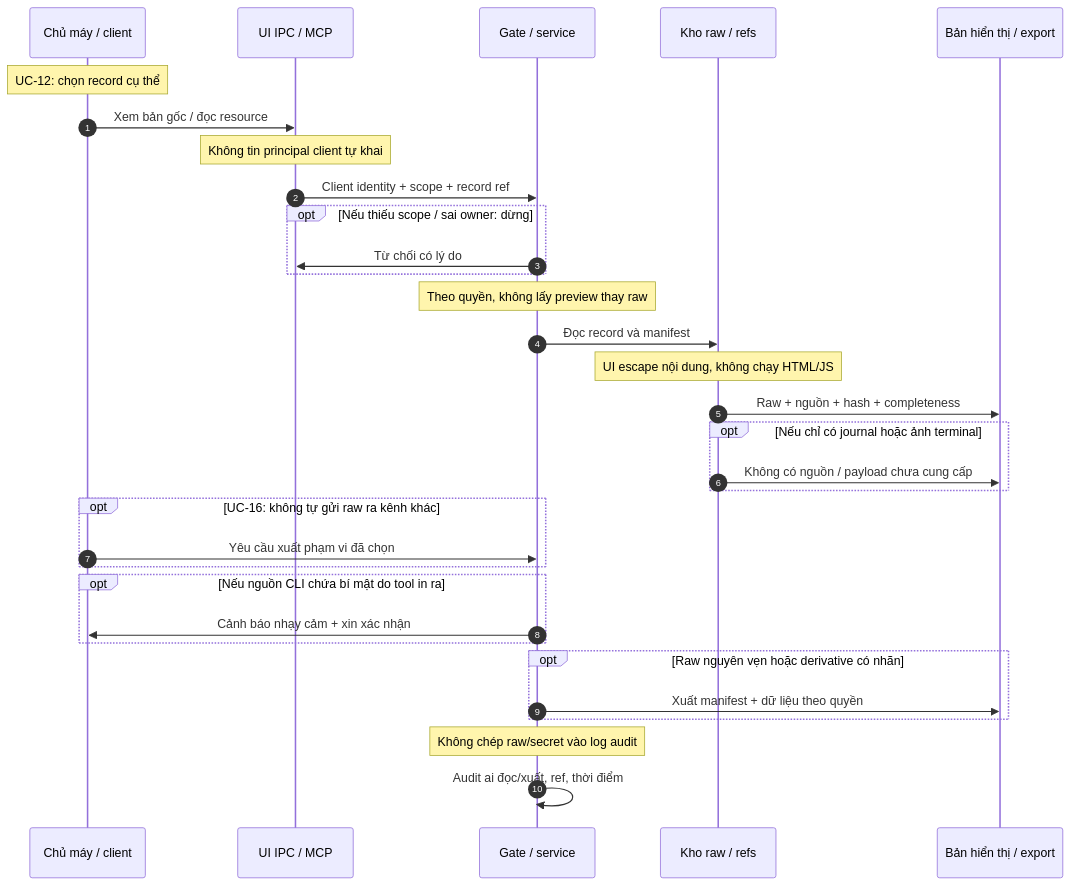
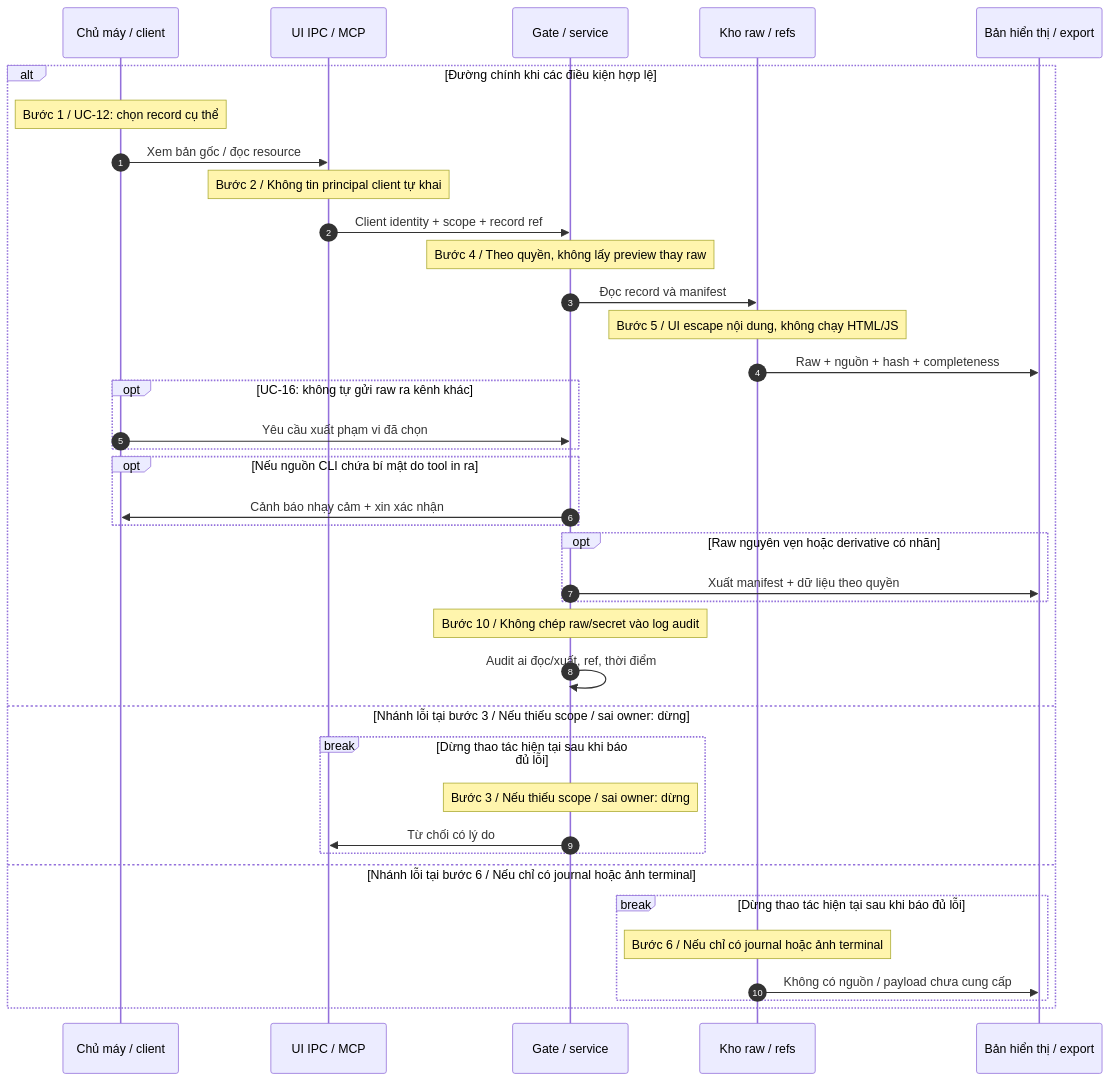
One commit to dipgle/tele-sihub changed diagram 11 of 19 in docs/flows/index.md. Above: the diagram before and after it, drawn with Mermaid. The commit also changed other lines of this file and 184 other files, not shown here.

````diff
--- a/docs/flows/index.md
+++ b/docs/flows/index.md
@@ -533,34 +845,40 @@
 ```mermaid
 sequenceDiagram
     autonumber
     participant P0 as Chủ máy / client
     participant P1 as UI IPC / MCP
     participant P2 as Gate / service
     participant P3 as Kho raw / refs
     participant P4 as Bản hiển thị / export
-    Note over P0: UC-12: chọn record cụ thể
+    alt Đường chính khi các điều kiện hợp lệ
+    Note over P0: Bước 1 / UC-12: chọn record cụ thể
     P0->>P1: Xem bản gốc / đọc resource
-    Note over P1: Không tin principal client tự khai
+    Note over P1: Bước 2 / Không tin principal client tự khai
     P1->>P2: Client identity + scope + record ref
-    opt Nếu thiếu scope / sai owner: dừng
-    P2->>P1: Từ chối có lý do
-    end
-    Note over P2: Theo quyền, không lấy preview thay raw
+    Note over P2: Bước 4 / Theo quyền, không lấy preview thay raw
     P2->>P3: Đọc record và manifest
-    Note over P3: UI escape nội dung, không chạy HTML/JS
+    Note over P3: Bước 5 / UI escape nội dung, không chạy HTML/JS
     P3->>P4: Raw + nguồn + hash + completeness
-    opt Nếu chỉ có journal hoặc ảnh terminal
-    P3->>P4: Không có nguồn / payload chưa cung cấp
-    end
     opt UC-16: không tự gửi raw ra kênh khác
     P0->>P2: Yêu cầu xuất phạm vi đã chọn
     end
     opt Nếu nguồn CLI chứa bí mật do tool in ra
     P2->>P0: Cảnh báo nhạy cảm + xin xác nhận
     end
     opt Raw nguyên vẹn hoặc derivative có nhãn
     P2->>P4: Xuất manifest + dữ liệu theo quyền
     end
-    Note over P2: Không chép raw/secret vào log audit
+    Note over P2: Bước 10 / Không chép raw/secret vào log audit
     P2->>P2: Audit ai đọc/xuất, ref, thời điểm
+    else Nhánh lỗi tại bước 3 / Nếu thiếu scope / sai owner: dừng
+    break Dừng thao tác hiện tại sau khi báo đủ lỗi
+    Note over P2: Bước 3 / Nếu thiếu scope / sai owner: dừng
+    P2->>P1: Từ chối có lý do
+    end
+    else Nhánh lỗi tại bước 6 / Nếu chỉ có journal hoặc ảnh terminal
+    break Dừng thao tác hiện tại sau khi báo đủ lỗi
+    Note over P3: Bước 6 / Nếu chỉ có journal hoặc ảnh terminal
+    P3->>P4: Không có nguồn / payload chưa cung cấp
+    end
+    end
 ```
````
